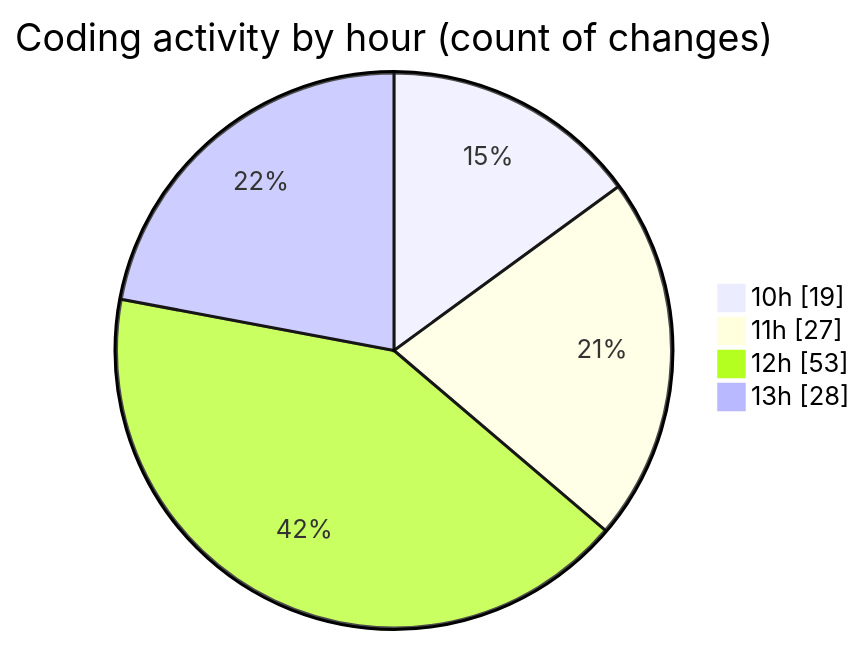
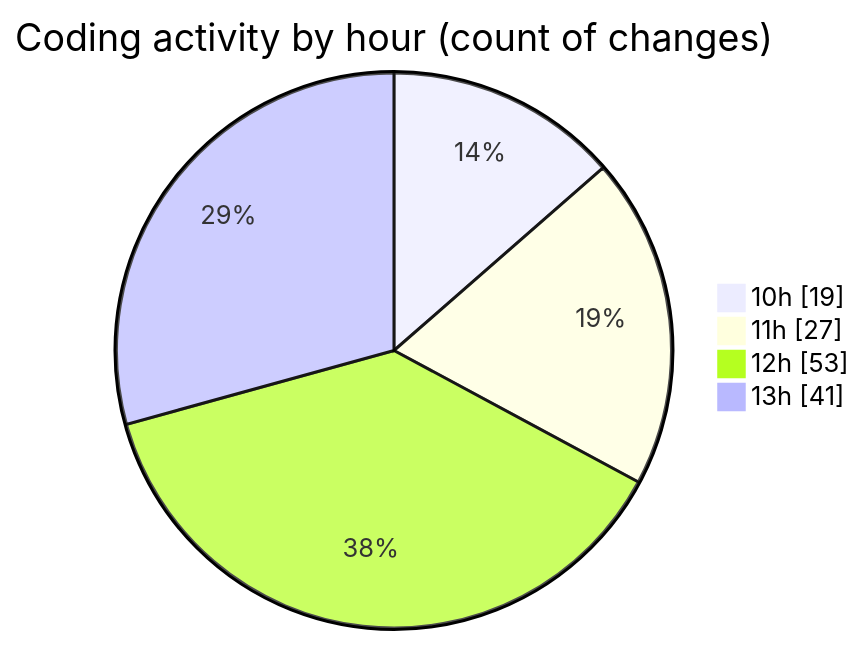
Before and after one commit to momahboobian/code-tracking: the second of 2 diagrams in 2025-03-18/cda/README.md, drawn with Mermaid. The commit also changed other lines of this file and 1 other file, not shown here.

````diff
--- a/2025-03-18/cda/README.md
+++ b/2025-03-18/cda/README.md
@@ -42,8 +42,8 @@
 ```mermaid
 pie showData
 title Coding activity by hour (count of changes)
 "10h" : 19
 "11h" : 27
 "12h" : 53
-"13h" : 28
+"13h" : 41
 ```
````
